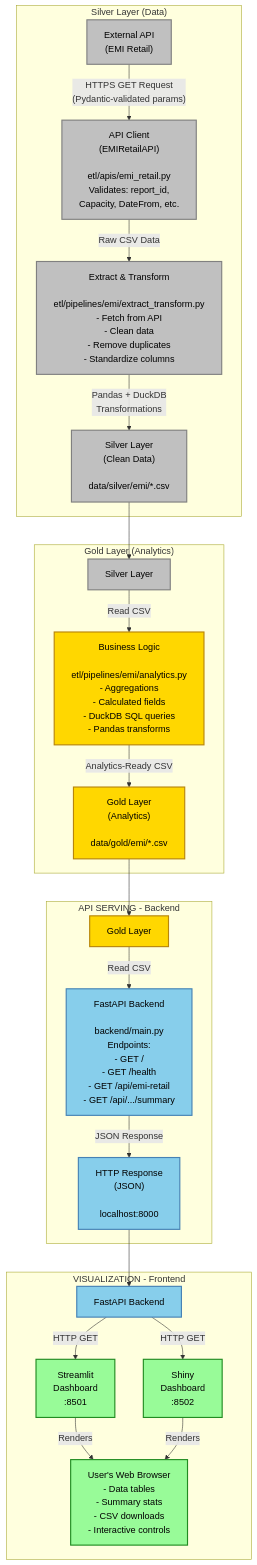
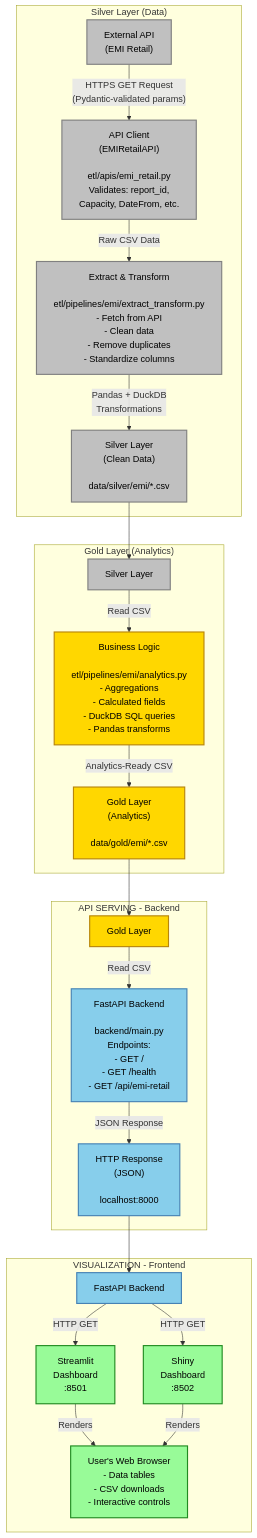
Before and after one commit to good-data-institute/rewiring-aotearoa-electrification-progress-tracker: the first of 3 diagrams in docs/ARCHITECTURE.md, drawn with Mermaid. The commit also changed 7 other files, not shown here.

````diff
--- a/docs/ARCHITECTURE.md
+++ b/docs/ARCHITECTURE.md
@@ -7,57 +7,57 @@
 ```mermaid
 flowchart TB
     subgraph "Silver Layer (Data)"
         API["External API<br/>(EMI Retail)"]
         APIClient["API Client<br/>(EMIRetailAPI)<br/><br/>etl/apis/emi_retail.py<br/>Validates: report_id,<br/>Capacity, DateFrom, etc."]
         ExtractTransform["Extract & Transform<br/><br/>etl/pipelines/emi/extract_transform.py<br/>- Fetch from API<br/>- Clean data<br/>- Remove duplicates<br/>- Standardize columns"]
         Silver["Silver Layer<br/>(Clean Data)<br/><br/>data/silver/emi/*.csv"]
 
         API -->|"HTTPS GET Request<br/>(Pydantic-validated params)"| APIClient
         APIClient -->|"Raw CSV Data"| ExtractTransform
         ExtractTransform -->|"Pandas + DuckDB<br/>Transformations"| Silver
     end
 
     subgraph "Gold Layer (Analytics)"
         Silver2["Silver Layer"]
         Business["Business Logic<br/><br/>etl/pipelines/emi/analytics.py<br/>- Aggregations<br/>- Calculated fields<br/>- DuckDB SQL queries<br/>- Pandas transforms"]
         Gold["Gold Layer<br/>(Analytics)<br/><br/>data/gold/emi/*.csv"]
 
         Silver2 -->|"Read CSV"| Business
         Business -->|"Analytics-Ready CSV"| Gold
     end
 
     subgraph "API SERVING - Backend"
         Gold2["Gold Layer"]
-        FastAPI["FastAPI Backend<br/><br/>backend/main.py<br/>Endpoints:<br/>- GET /<br/>- GET /health<br/>- GET /api/emi-retail<br/>- GET /api/.../summary"]
+        FastAPI["FastAPI Backend<br/><br/>backend/main.py<br/>Endpoints:<br/>- GET /<br/>- GET /health<br/>- GET /api/emi-retail<br/>"]
         HTTP["HTTP Response<br/>(JSON)<br/><br/>localhost:8000"]
 
         Gold2 -->|"Read CSV"| FastAPI
         FastAPI -->|"JSON Response"| HTTP
     end
 
     subgraph "VISUALIZATION - Frontend"
         Backend["FastAPI Backend"]
         Streamlit["Streamlit<br/>Dashboard<br/>:8501"]
         Shiny["Shiny<br/>Dashboard<br/>:8502"]
-        Browser["User's Web Browser<br/>- Data tables<br/>- Summary stats<br/>- CSV downloads<br/>- Interactive controls"]
+        Browser["User's Web Browser<br/>- Data tables<br/>- CSV downloads<br/>- Interactive controls"]
 
         Backend -->|"HTTP GET"| Streamlit
         Backend -->|"HTTP GET"| Shiny
         Streamlit -->|"Renders"| Browser
         Shiny -->|"Renders"| Browser
     end
 
     Silver --> Silver2
     Gold --> Gold2
     HTTP --> Backend
 
     classDef silverStyle color:#000000,fill:#c0c0c0,stroke:#808080,stroke-width:2px
     classDef goldStyle color:#000000,fill:#ffd700,stroke:#b8860b,stroke-width:2px
     classDef backendStyle color:#000000,fill:#87ceeb,stroke:#4682b4,stroke-width:2px
     classDef frontendStyle color:#000000,fill:#98fb98,stroke:#228b22,stroke-width:2px
 
     class API,APIClient,ExtractTransform,Silver,Silver2 silverStyle
     class Business,Gold,Gold2 goldStyle
     class FastAPI,HTTP,Backend backendStyle
     class Streamlit,Shiny,Browser frontendStyle
 ```
````
